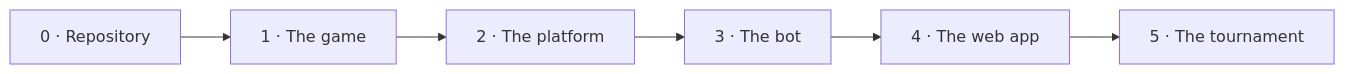
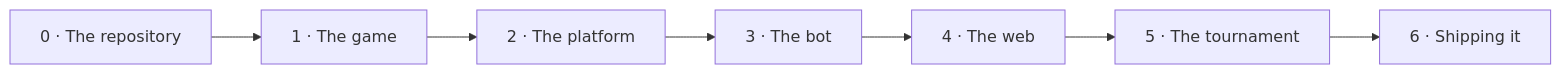
The diagram in docs/guide/step-by-step.en.md (jparisu/nim-arena), drawn with Mermaid before and after one commit. The commit also changed other lines of this file and 1 other file, not shown here.

````diff
--- a/docs/guide/step-by-step.en.md
+++ b/docs/guide/step-by-step.en.md
@@ -14,8 +28,9 @@
 ```mermaid
 flowchart LR
-    S0["0 · Repository"] --> S1["1 · The game"]
+    S0["0 · The repository"] --> S1["1 · The game"]
     S1 --> S2["2 · The platform"]
     S2 --> S3["3 · The bot"]
-    S3 --> S4["4 · The web app"]
+    S3 --> S4["4 · The web"]
     S4 --> S5["5 · The tournament"]
+    S5 --> S6["6 · Shipping it"]
 ```
````
